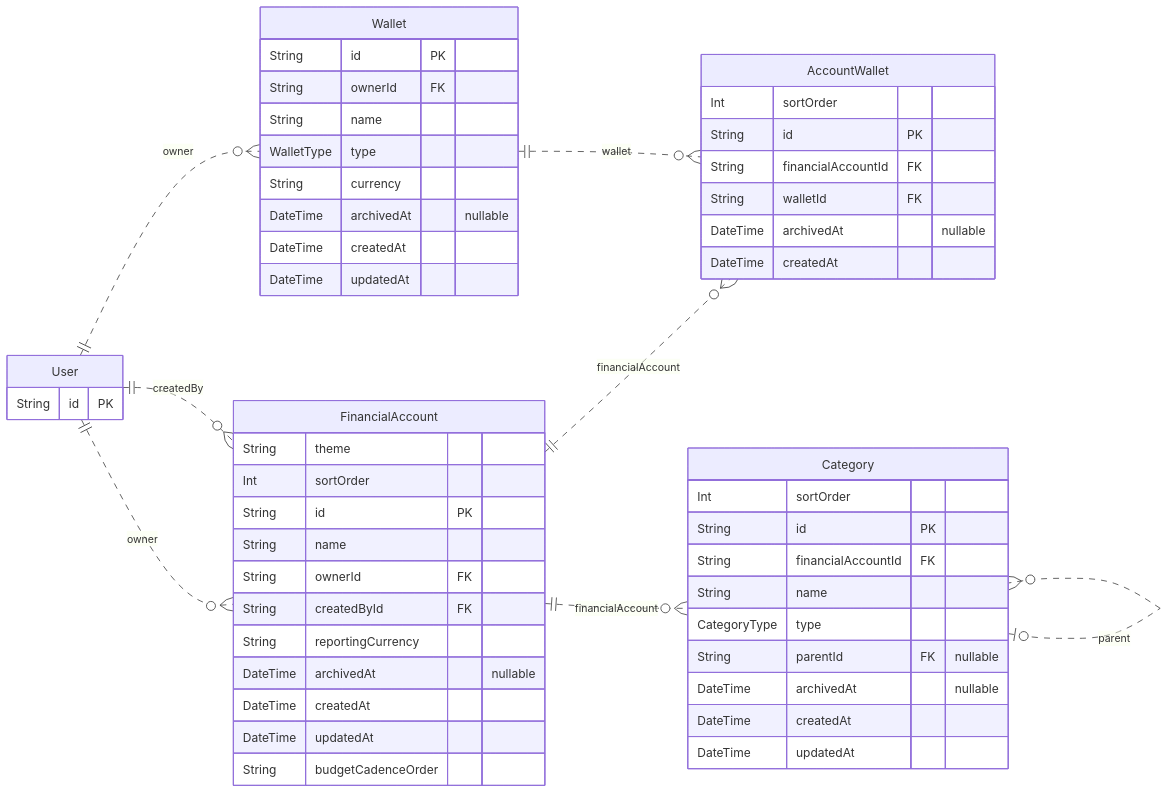
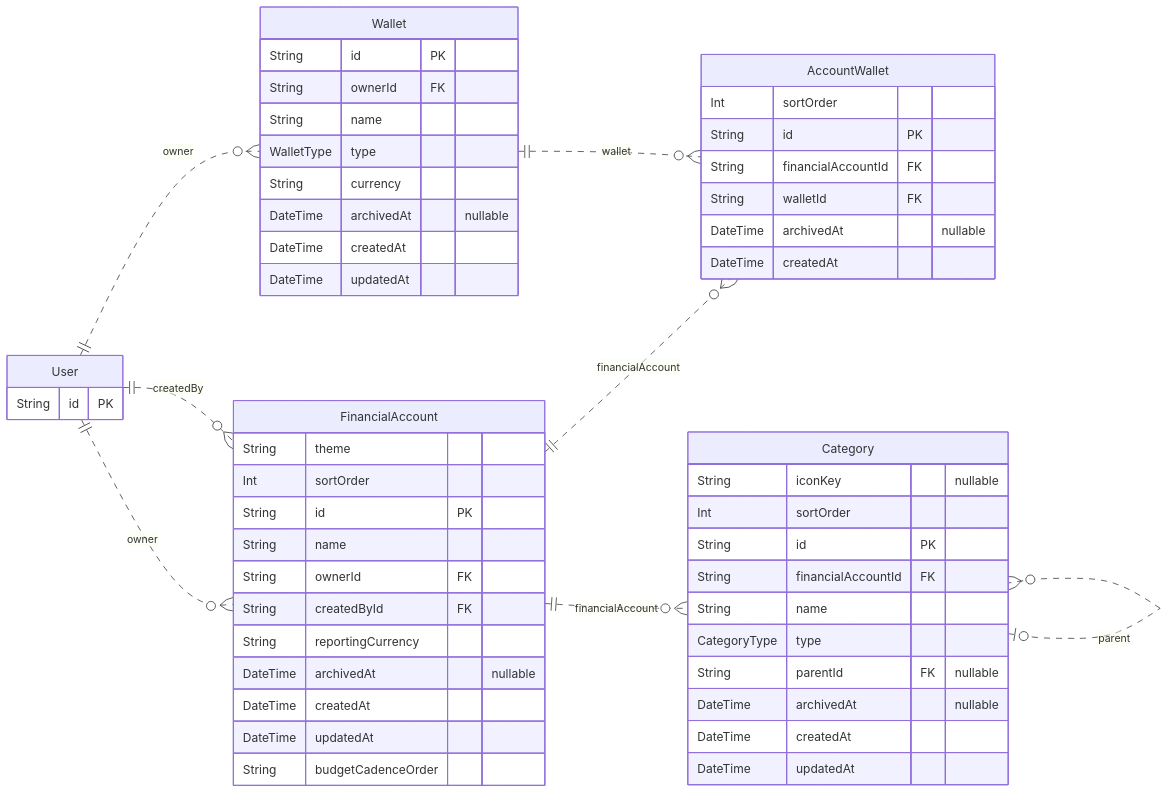
The second of 4 diagrams in prisma/ERD.md (gkoura/centscope), drawn with Mermaid before and after one commit. The commit also changed 34 other files, not shown here.

````diff
--- a/prisma/ERD.md
+++ b/prisma/ERD.md
@@ -92,56 +92,57 @@
 ```mermaid
 erDiagram
     direction LR
     FinancialAccount {
         String theme
         Int sortOrder
         String id PK
         String name
         String ownerId FK
         String createdById FK
         String reportingCurrency
         DateTime archivedAt "nullable"
         DateTime createdAt
         DateTime updatedAt
         String budgetCadenceOrder
     }
     Wallet {
         String id PK
         String ownerId FK
         String name
         WalletType type
         String currency
         DateTime archivedAt "nullable"
         DateTime createdAt
         DateTime updatedAt
     }
     AccountWallet {
         Int sortOrder
         String id PK
         String financialAccountId FK
         String walletId FK
         DateTime archivedAt "nullable"
         DateTime createdAt
     }
     Category {
+        String iconKey "nullable"
         Int sortOrder
         String id PK
         String financialAccountId FK
         String name
         CategoryType type
         String parentId FK "nullable"
         DateTime archivedAt "nullable"
         DateTime createdAt
         DateTime updatedAt
     }
     User {
         String id PK
     }
     User ||..o{ FinancialAccount : "owner"
     User ||..o{ FinancialAccount : "createdBy"
     User ||..o{ Wallet : "owner"
     FinancialAccount ||..o{ AccountWallet : "financialAccount"
     Wallet ||..o{ AccountWallet : "wallet"
     FinancialAccount ||..o{ Category : "financialAccount"
     Category |o..o{ Category : "parent"
 ```
````
